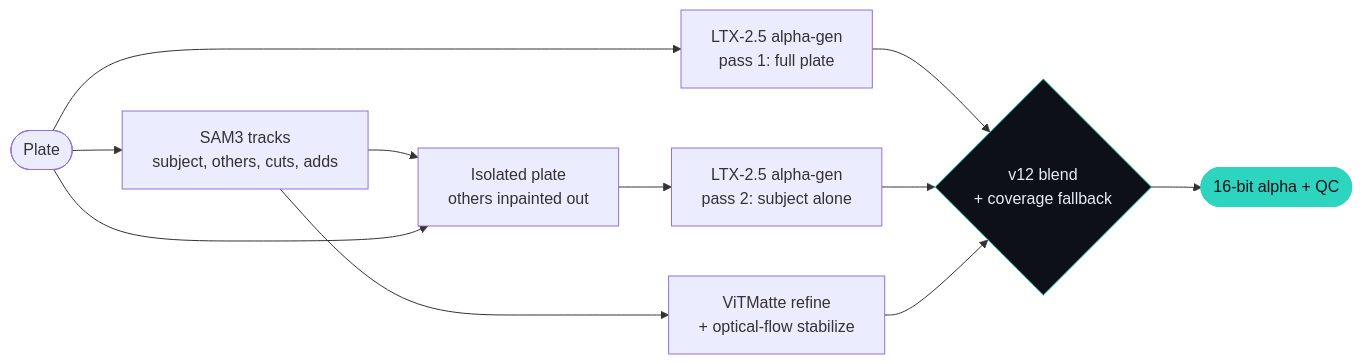
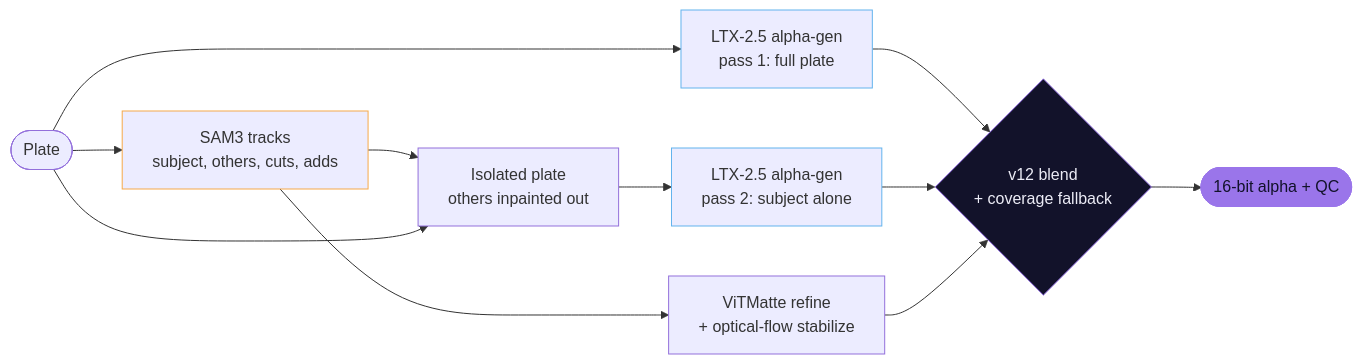
Before and after one commit to rik-python/ComfyUI-Comfy-Pro-Alpha-Generator: the diagram in README.md, drawn with Mermaid. The commit also changed other lines of this file and 8 other files, not shown here.

````diff
--- a/README.md
+++ b/README.md
@@ -87,15 +91,18 @@
 ```mermaid
 flowchart LR
     P([Plate]) --> S["SAM3 tracks<br/>subject, others, cuts, adds"]
     S --> R["ViTMatte refine<br/>+ optical-flow stabilize"]
     P --> L1["LTX-2.5 alpha-gen<br/>pass 1: full plate"]
     S --> I["Isolated plate<br/>others inpainted out"]
     P --> I
     I --> L2["LTX-2.5 alpha-gen<br/>pass 2: subject alone"]
     L1 --> B{"v12 blend<br/>+ coverage fallback"}
     L2 --> B
     R --> B
     B --> A([16-bit alpha + QC])
-    style B fill:#0d1117,stroke:#2dd4bf,color:#e6edf3
-    style A fill:#2dd4bf,stroke:#2dd4bf,color:#0d1117
+    style B fill:#12122a,stroke:#9a75ea,color:#ececf6
+    style L1 stroke:#63b3ed
+    style L2 stroke:#63b3ed
+    style S stroke:#f6a94a
+    style A fill:#9a75ea,stroke:#9a75ea,color:#12122a
 ```
````
